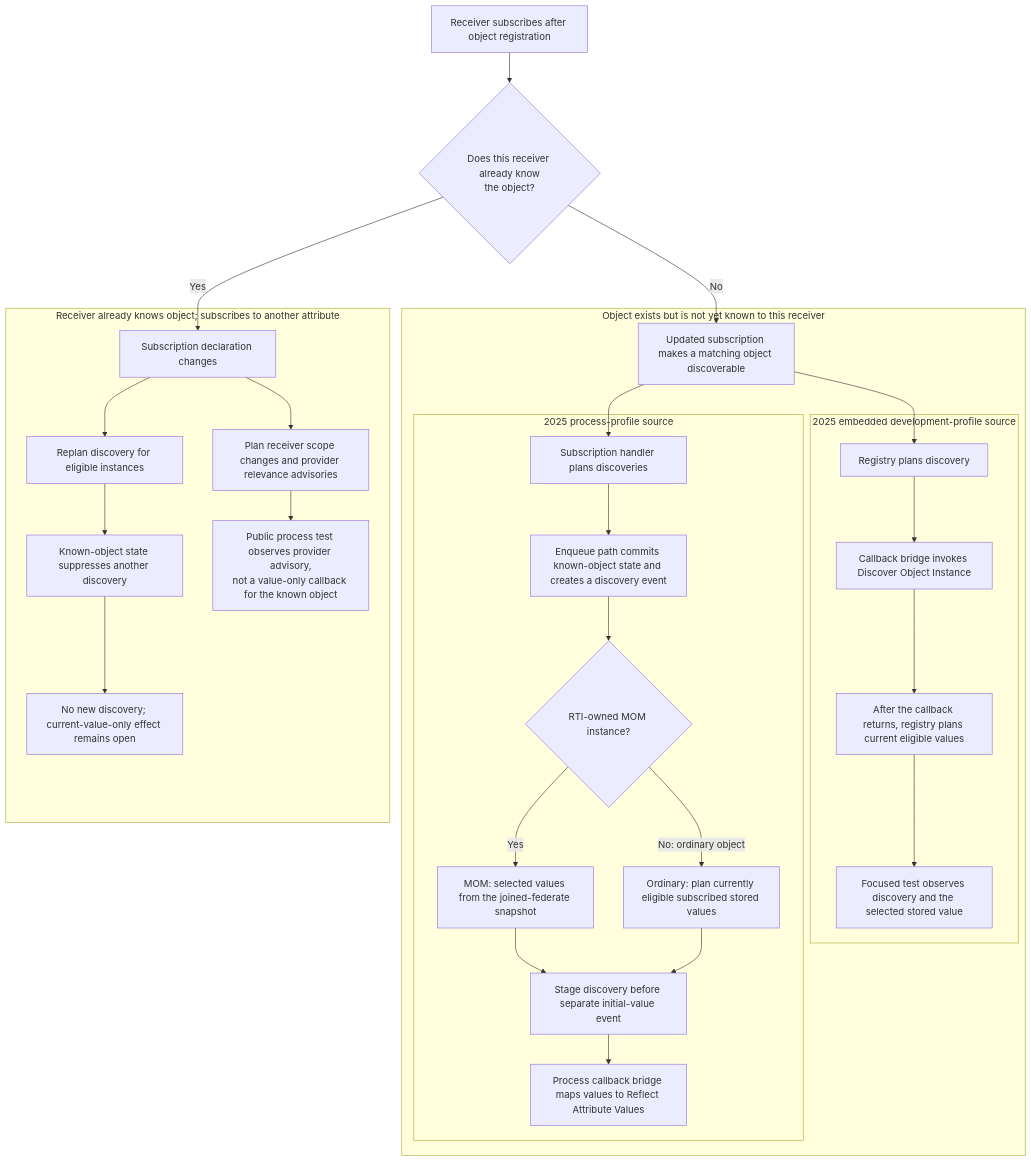
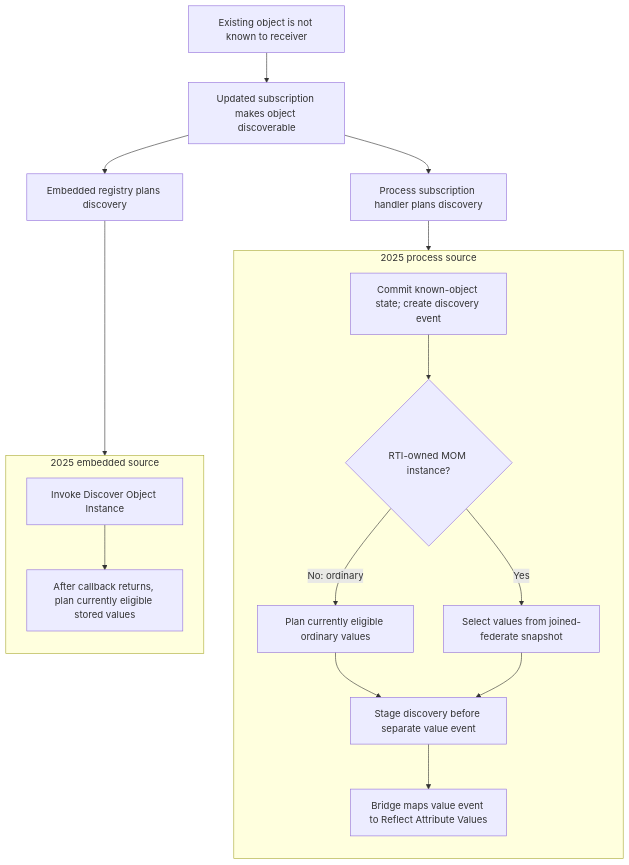
One commit to sheepfling/umbra changed diagram 11 of 12 in docs/design/HLA-2025-OBJECT-ATTRIBUTE-SUBSCRIPTION-STATE-FLOW-GUIDE.md. Above: the diagram before and after it, drawn with Mermaid. The commit also changed other lines of this file and 39 other files, not shown here.

Commit message:
Document IEEE 1516.1-2025 behavior flows

````diff
--- a/docs/design/HLA-2025-OBJECT-ATTRIBUTE-SUBSCRIPTION-STATE-FLOW-GUIDE.md
+++ b/docs/design/HLA-2025-OBJECT-ATTRIBUTE-SUBSCRIPTION-STATE-FLOW-GUIDE.md
@@ -596,46 +811,23 @@
 ```mermaid
 flowchart TD
-  SUB["Receiver subscribes after object registration"]
-  KNOWS{"Does this receiver already know<br/>the object?"}
-  SUB --> KNOWS
-
-  subgraph NEW["Object exists but is not yet known to this receiver"]
-    ELIGIBLE["Updated subscription makes a matching object discoverable"]
-    subgraph EMBEDDED["2025 embedded development-profile source"]
-      EPLAN["Registry plans discovery"]
-      EDISC["Callback bridge invokes Discover Object Instance"]
-      EVALUES["After the callback returns, registry plans current eligible values"]
-      ETEST["Focused test observes discovery and the selected stored value"]
-      EPLAN --> EDISC --> EVALUES --> ETEST
-    end
-    subgraph PROCESS["2025 process-profile source"]
-      PPLAN["Subscription handler plans discoveries"]
-      PDISC["Enqueue path commits known-object state and creates a discovery event"]
-      PKIND{"RTI-owned MOM instance?"}
-      PMOM["MOM: selected values from the joined-federate snapshot"]
-      POBJECT["Ordinary: plan currently eligible subscribed stored values"]
-      PORDER["Stage discovery before separate initial-value event"]
-      PREFLECT["Process callback bridge maps values to Reflect Attribute Values"]
-      PPLAN --> PDISC --> PKIND
-      PKIND -->|"Yes"| PMOM --> PORDER
-      PKIND -->|"No: ordinary object"| POBJECT --> PORDER
-      PORDER --> PREFLECT
-    end
-    ELIGIBLE --> EPLAN
-    ELIGIBLE --> PPLAN
+  accTitle: 2025 profile paths for late subscription to an existing object
+  accDescr: When a subscription makes an existing but unknown ordinary object visible, the embedded and process paths plan discovery and eligible current values differently. The process route treats RTI-owned MOM snapshots separately. The known-object value-only question is in the companion chart and remains unresolved.
+  START["Existing object is not known to receiver"] --> ELIGIBLE["Updated subscription makes object discoverable"]
+  ELIGIBLE --> EPLAN["Embedded registry plans discovery"]
+  subgraph EMBEDDED["2025 embedded source"]
+    direction TB
+    EDISC["Invoke Discover Object Instance"] --> EVALUES["After callback returns, plan currently eligible stored values"]
   end
-
-  subgraph KNOWN["Receiver already knows object; subscribes to another attribute"]
-    CHANGE["Subscription declaration changes"]
-    EFFECTS["Plan receiver scope changes and provider relevance advisories"]
-    REPLAN["Replan discovery for eligible instances"]
-    SKIP["Known-object state suppresses another discovery"]
-    VALUEOPEN["No new discovery; current-value-only effect remains open"]
-    ADVTEST["Public process test observes provider advisory,<br/>not a value-only callback for the known object"]
-    CHANGE --> EFFECTS
-    CHANGE --> REPLAN --> SKIP --> VALUEOPEN
-    EFFECTS --> ADVTEST
+  EPLAN --> EDISC
+  ELIGIBLE --> PPLAN["Process subscription handler plans discovery"]
+  subgraph PROCESS["2025 process source"]
+    direction TB
+    PCOMMIT["Commit known-object state; create discovery event"] --> PKIND{"RTI-owned MOM instance?"}
+    PKIND -->|"No: ordinary"| POBJECT["Plan currently eligible ordinary values"]
+    PKIND -->|"Yes"| PMOM["Select values from joined-federate snapshot"]
+    POBJECT --> PSTAGE["Stage discovery before separate value event"]
+    PMOM --> PSTAGE
+    PSTAGE --> PBRIDGE["Bridge maps value event to Reflect Attribute Values"]
   end
-  KNOWS -->|"No"| ELIGIBLE
-  KNOWS -->|"Yes"| CHANGE
+  PPLAN --> PCOMMIT
 ```
````
